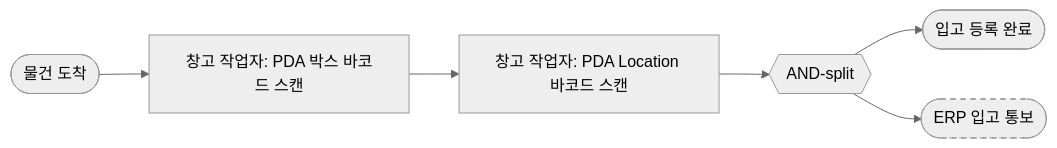
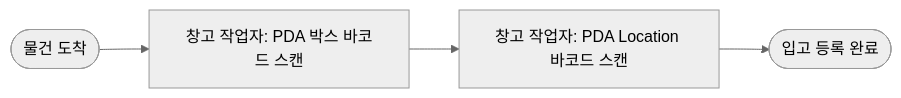
One commit to kslhunter/simplysm changed the first of 2 diagrams in .claude/skills/sd-spec/references/example-spec.md. Above: the diagram before and after it, drawn with Mermaid (neutral theme). The commit also changed other lines of this file and 117 other files, not shown here.

````diff
--- a/.claude/skills/sd-spec/references/example-spec.md
+++ b/.claude/skills/sd-spec/references/example-spec.md
@@ -182,9 +62,6 @@
 ```mermaid
 flowchart LR
     S([물건 도착]) --> T1[창고 작업자: PDA 박스 바코드 스캔]
     T1 --> T2[창고 작업자: PDA Location 바코드 스캔]
-    T2 --> G1{{AND-split}}
-    G1 --> E1([입고 등록 완료])
-    G1 --> E2([ERP 입고 통보]):::msg
-    classDef msg stroke-dasharray: 5 5
+    T2 --> E1([입고 등록 완료])
 ```
````
